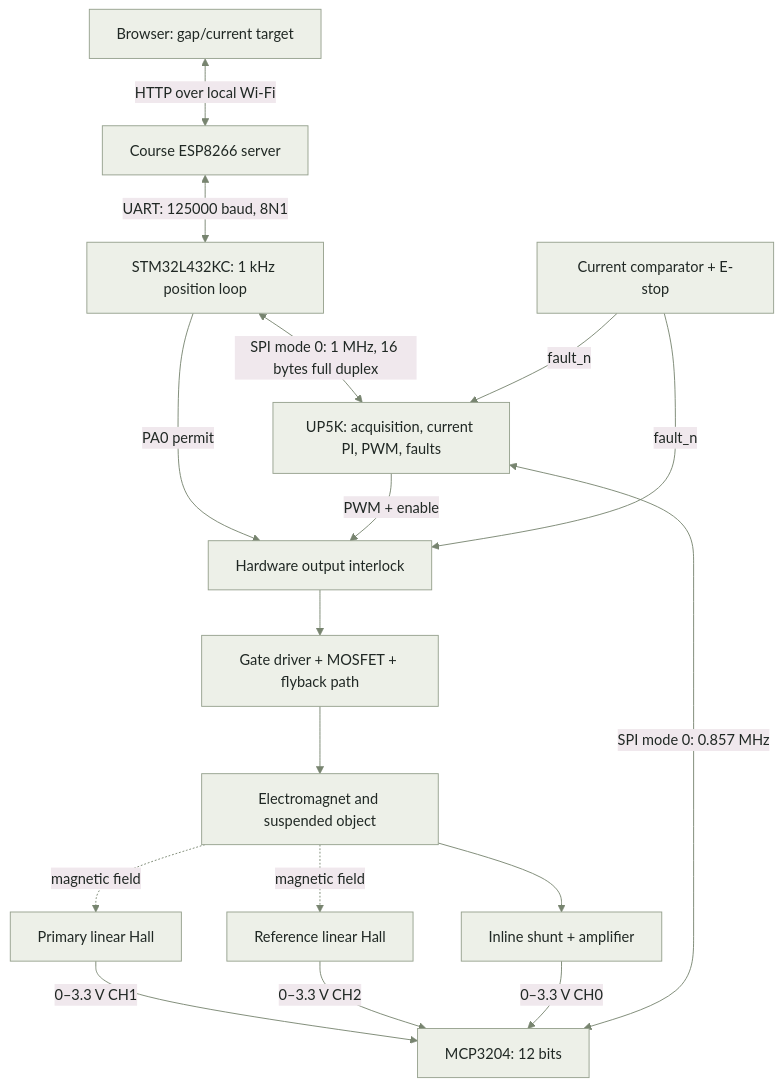
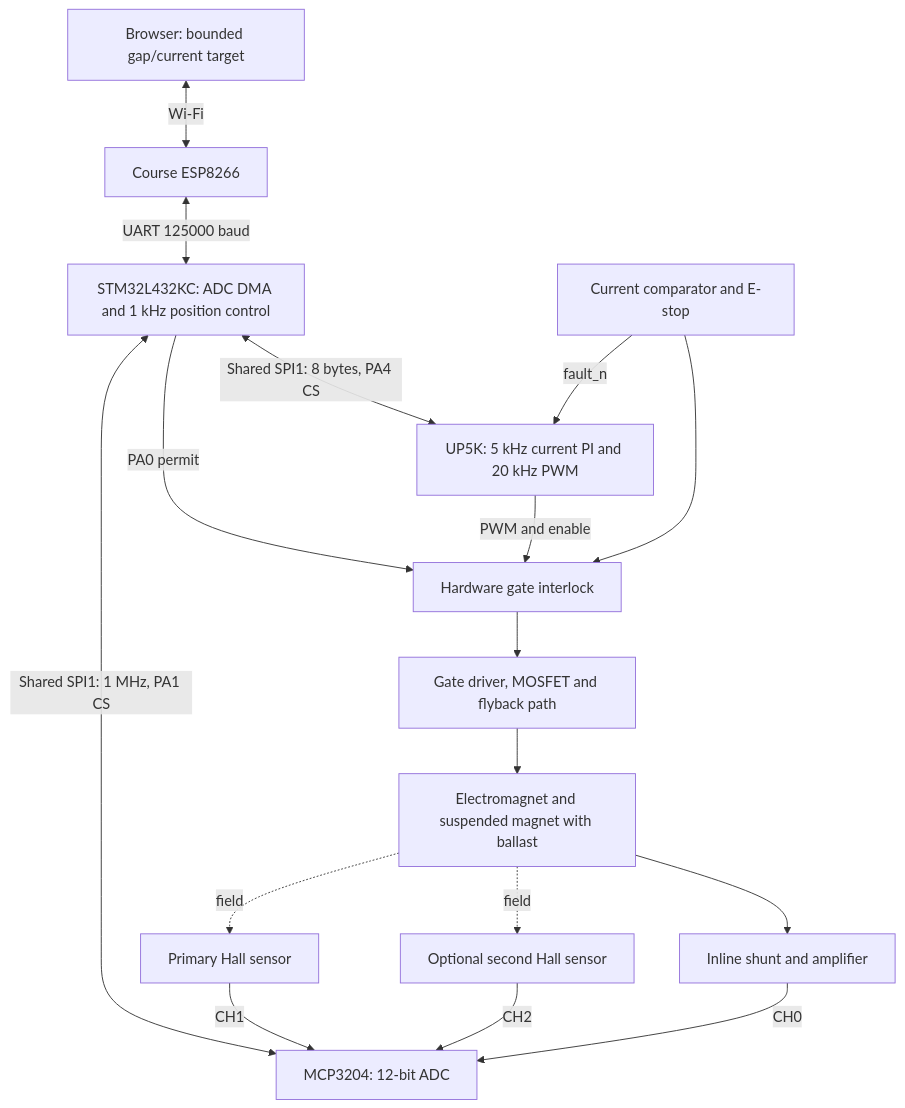
Before and after one commit to ENGR155/macroprocessors: the diagram in docs/design.md, drawn with Mermaid. The commit also changed other lines of this file and 39 other files, not shown here.

````diff
--- a/docs/design.md
+++ b/docs/design.md
@@ -7,20 +7,19 @@
-```{mermaid}
-%%{init: {"theme":"base","themeVariables":{"primaryColor":"#edf0e8","primaryTextColor":"#202824","primaryBorderColor":"#95a08d","lineColor":"#77846f","fontFamily":"Segoe UI","fontSize":"16px"}}}%%
+```mermaid
 flowchart TB
-    B[Browser: gap/current target] <-->|HTTP over local Wi-Fi| E[Course ESP8266 server]
-    E <-->|UART: 125000 baud, 8N1| M[STM32L432KC: 1 kHz position loop]
-    M <-->|SPI mode 0: 1 MHz, 16 bytes full duplex| F[UP5K: acquisition, current PI, PWM, faults]
-    H1[Primary linear Hall] -->|0–3.3 V CH1| A[MCP3204: 12 bits]
-    H2[Reference linear Hall] -->|0–3.3 V CH2| A
-    S[Inline shunt + amplifier] -->|0–3.3 V CH0| A
-    A <-->|SPI mode 0: 0.857 MHz| F
-    M -->|PA0 permit| G[Hardware output interlock]
-    F -->|PWM + enable| G
-    X[Current comparator + E-stop] -->|fault_n| G
+    B[Browser: bounded gap/current target] <-->|Wi-Fi| E[Course ESP8266]
+    E <-->|UART 125000 baud| M[STM32L432KC: ADC DMA and 1 kHz position control]
+    M <-->|Shared SPI1: 1 MHz, PA1 CS| A[MCP3204: 12-bit ADC]
+    M <-->|Shared SPI1: 8 bytes, PA4 CS| F[UP5K: 5 kHz current PI and 20 kHz PWM]
+    H1[Primary Hall sensor] -->|CH1| A
+    H2[Optional second Hall sensor] -->|CH2| A
+    S[Inline shunt and amplifier] -->|CH0| A
+    M -->|PA0 permit| G[Hardware gate interlock]
+    F -->|PWM and enable| G
+    X[Current comparator and E-stop] --> G
     X -->|fault_n| F
-    G --> D[Gate driver + MOSFET + flyback path]
-    D --> C[Electromagnet and suspended object]
-    C -. magnetic field .-> H1
-    C -. magnetic field .-> H2
+    G --> D[Gate driver, MOSFET and flyback path]
+    D --> C[Electromagnet and suspended magnet with ballast]
+    C -. field .-> H1
+    C -. field .-> H2
     C --> S
 ```
````
